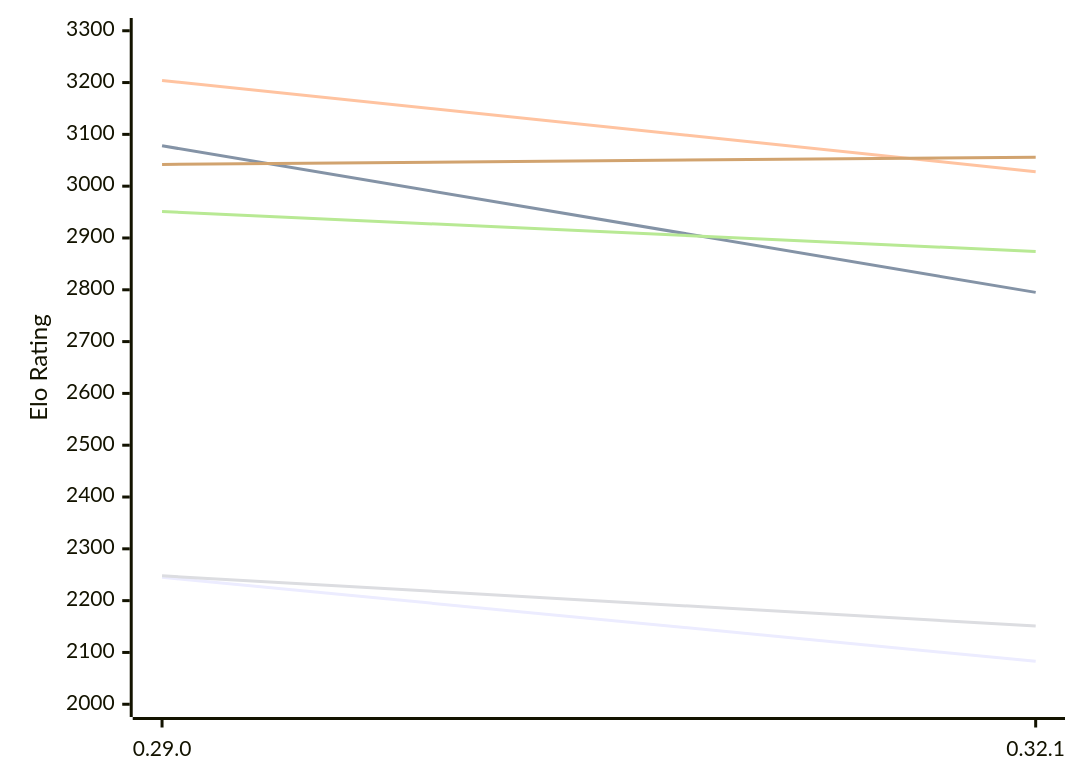
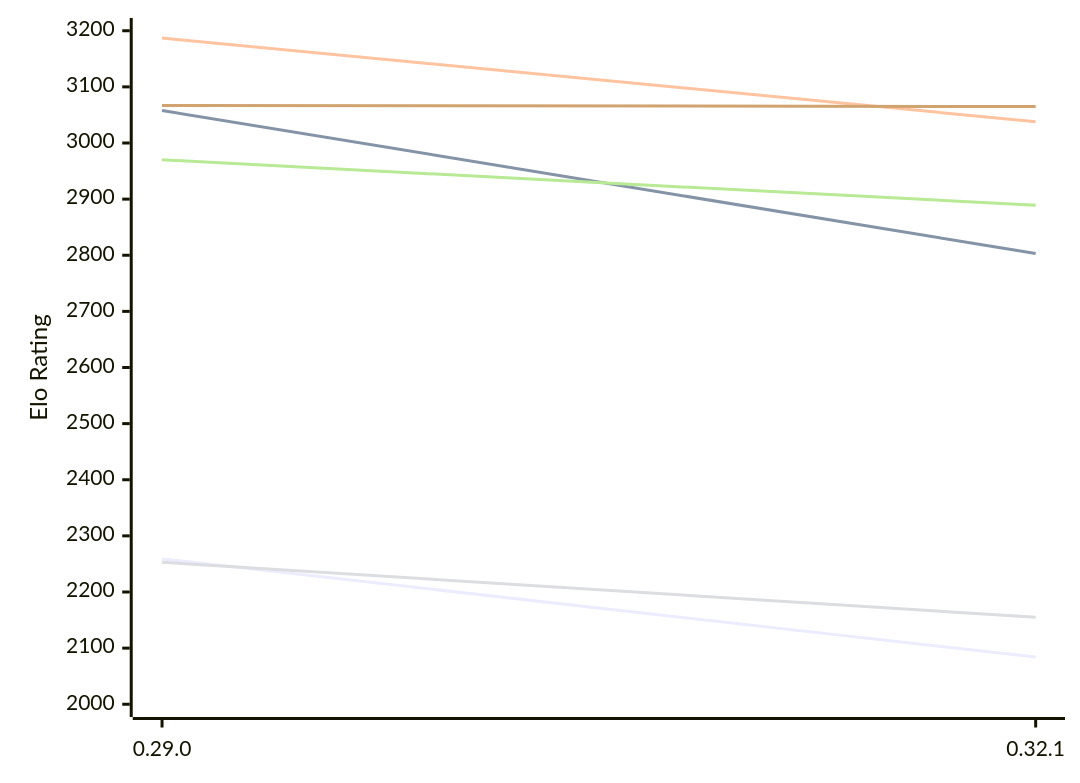
One commit to computer-chess-index/cci changed the first of 2 diagrams in engines/Lc0.md. Above: the diagram before and after it, drawn with Mermaid. The commit also changed other lines of this file, not shown here.

Commit message:
Update CCI Ratings (ELO VLTC) - 2026-11-16

````diff
--- a/engines/Lc0.md
+++ b/engines/Lc0.md
@@ -50,12 +50,12 @@
 ```mermaid
 %%{init: {"theme":"base","themeVariables":{"seriesColors:['#a3a3a3','#222221','#faa371']}}}%%
 xychart-beta
   x-axis ["0.29.0", "0.32.1"]
-  y-axis "Elo Rating" 2000 --> 3300
-  line "E1: STC (8.0+0.08s)" [2245, 2083]
-  line "E1: LTC (60.0+0.60s)" [3078, 2795]
-  line "E1: VLTC (2m24s+1.12s)" [3204, 3028]
-  line "P1: STC (8.0+0.08s)" [2248, 2151]
-  line "P1: LTC (60.0+0.60s)" [2951, 2874]
-  line "P1: VLTC (2m24s+1.12s)" [3042, 3056]
+  y-axis "Elo Rating" 2000 --> 3200
+  line "E1: STC (8.0+0.08s)" [2259, 2084]
+  line "E1: LTC (60.0+0.60s)" [3058, 2803]
+  line "E1: VLTC (2m24s+1.12s)" [3187, 3038]
+  line "P1: STC (8.0+0.08s)" [2253, 2155]
+  line "P1: LTC (60.0+0.60s)" [2970, 2889]
+  line "P1: VLTC (2m24s+1.12s)" [3067, 3065]
 ```
````
